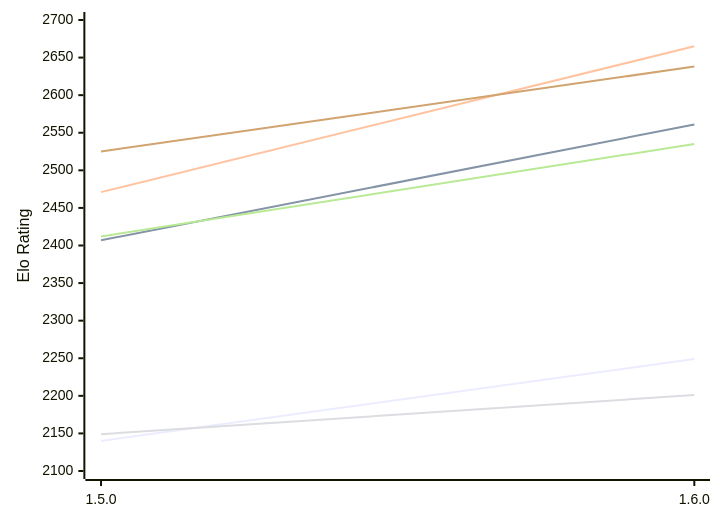
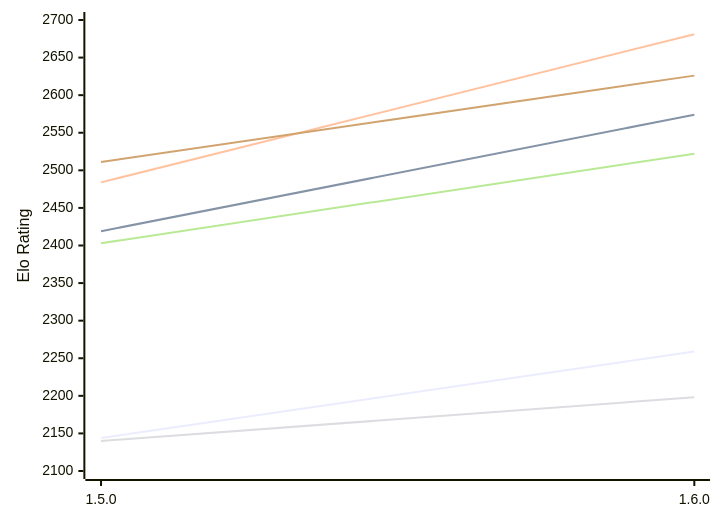
One commit to computer-chess-index/cci changed the first of 2 diagrams in engines/Tofiks.md. Above: the diagram before and after it, drawn with Mermaid. The commit also changed other lines of this file, not shown here.

Commit message:
Update CCI Ratings (ELO VLTC) - 2026-11-14

````diff
--- a/engines/Tofiks.md
+++ b/engines/Tofiks.md
@@ -51,12 +51,12 @@
 ```mermaid
 %%{init: {"theme":"base","themeVariables":{"seriesColors:['#a3a3a3','#222221','#faa371']}}}%%
 xychart-beta
   x-axis ["1.5.0", "1.6.0"]
   y-axis "Elo Rating" 2100 --> 2700
-  line "E1: STC (8.0+0.08s)" [2140, 2249]
-  line "E1: LTC (60.0+0.60s)" [2407, 2561]
-  line "E1: VLTC (2m24s+1.12s)" [2471, 2665]
-  line "P1: STC (8.0+0.08s)" [2149, 2201]
-  line "P1: LTC (60.0+0.60s)" [2412, 2535]
-  line "P1: VLTC (2m24s+1.12s)" [2525, 2638]
+  line "E1: STC (8.0+0.08s)" [2144, 2259]
+  line "E1: LTC (60.0+0.60s)" [2419, 2574]
+  line "E1: VLTC (2m24s+1.12s)" [2484, 2681]
+  line "P1: STC (8.0+0.08s)" [2140, 2198]
+  line "P1: LTC (60.0+0.60s)" [2403, 2522]
+  line "P1: VLTC (2m24s+1.12s)" [2511, 2626]
 ```
````
